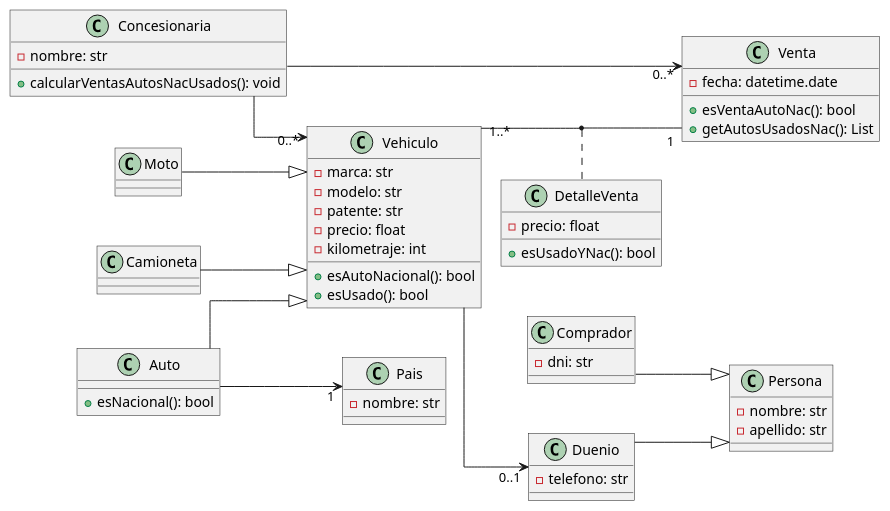
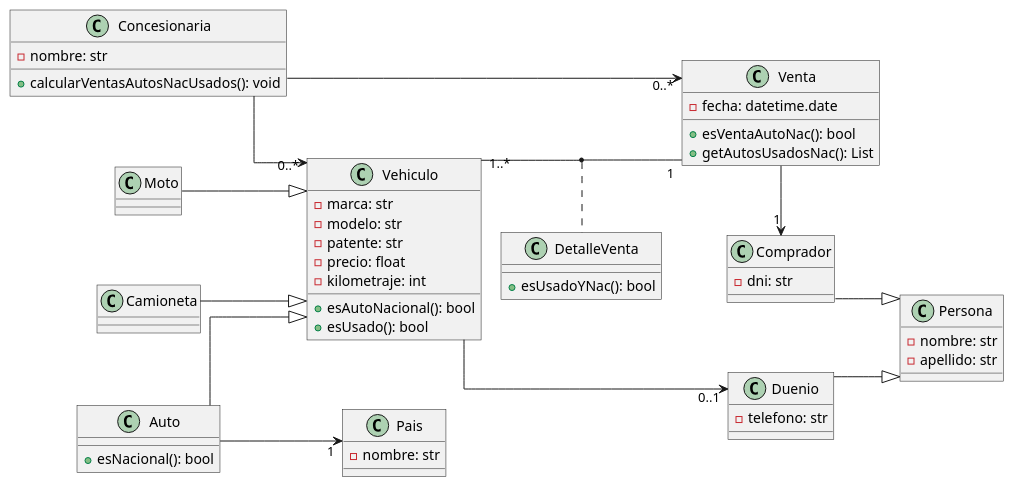
The diagram in POO (Python)/GTP 3 - Diag P7.pu (Radevirot/tecprog), drawn with PlantUML before and after one commit. The commit also changed 2 other files, not shown here.

```diff
--- a/POO (Python)/GTP 3 - Diag P7.pu
+++ b/POO (Python)/GTP 3 - Diag P7.pu
@@ -1,81 +1,82 @@
 @startuml Problema 6
 
 left to right direction
 skinparam roundcorner 0
 skinparam linetype ortho
-skinparam nodesep 50
+skinparam nodesep 70
 skinparam ranksep 20
 
 
 class Concesionaria{
     -nombre: str
     +calcularVentasAutosNacUsados(): void
 }
 
 class Vehiculo{
     -marca: str
     -modelo: str
     -patente: str
     -precio: float
     -kilometraje: int
     +esAutoNacional(): bool
     +esUsado(): bool
 }
 
 class Moto{
 
 }
 
 class Auto{
     +esNacional(): bool
 }
 
 class Pais{
     -nombre: str
 }
 
 class Camioneta{
 
 }
 
 class DetalleVenta{
-    -precio: float
     +esUsadoYNac(): bool
 
 }
 
 class Venta{
     -fecha: datetime.date
     +esVentaAutoNac(): bool
     +getAutosUsadosNac(): List
 }
 
 class Persona{
     -nombre: str
     -apellido: str
 }
 
 class Comprador{
     -dni: str
 }
 
 class Duenio{
     -telefono: str
 }
 
 
 Concesionaria --> "0..*" Venta
 Concesionaria --> "0..*" Vehiculo
 Moto --|> Vehiculo
 Auto --|> Vehiculo
 Camioneta --|> Vehiculo
 Auto --> "1" Pais
 Vehiculo --> "0..1" Duenio
 Vehiculo "1..*" -- "1" Venta
+Venta -> "1" Comprador
 (Vehiculo, Venta) .. DetalleVenta
 Comprador --|> Persona
 Duenio --|> Persona
 
 
 
+
 @enduml
```
